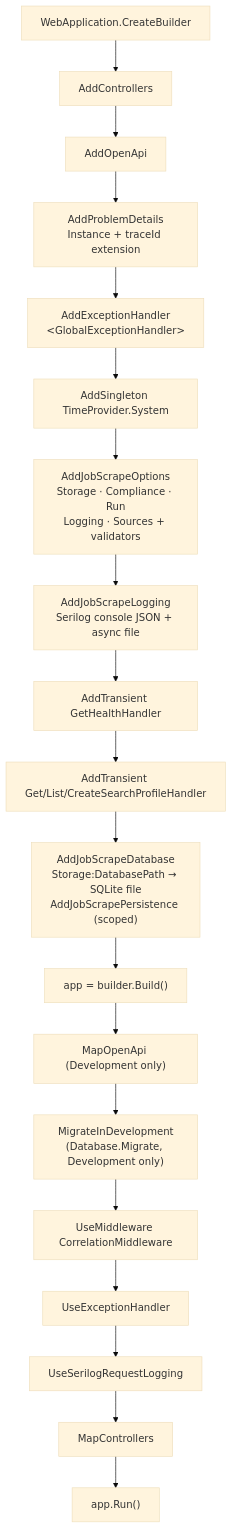
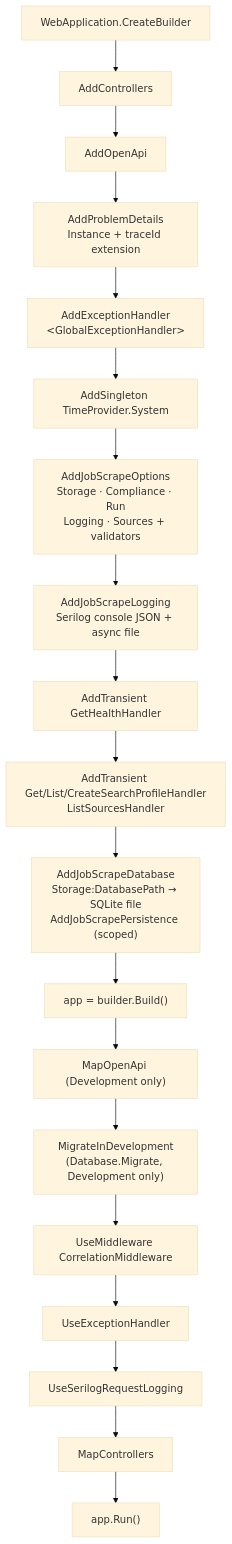
One commit to AslamNazeerShaikh/PlaywrightDotNet changed the fourth of 10 diagrams in docs/02-architecture.md. Above: the diagram before and after it, drawn with Mermaid (base theme). The commit also changed other lines of this file and 30 other files, not shown here.

````diff
--- a/docs/02-architecture.md
+++ b/docs/02-architecture.md
@@ -173,21 +173,21 @@
 ```mermaid
 flowchart TB
     B["WebApplication.CreateBuilder"] --> CTRL["AddControllers"]
     CTRL --> OA["AddOpenApi"]
     OA --> PD["AddProblemDetails<br/>Instance + traceId extension"]
     PD --> EXH["AddExceptionHandler<br/>&lt;GlobalExceptionHandler&gt;"]
     EXH --> CLK["AddSingleton TimeProvider.System"]
     CLK --> OPT["AddJobScrapeOptions<br/>Storage · Compliance · Run<br/>Logging · Sources + validators"]
     OPT --> LOGG["AddJobScrapeLogging<br/>Serilog console JSON + async file"]
     LOGG --> H1["AddTransient GetHealthHandler"]
-    H1 --> H2["AddTransient Get/List/CreateSearchProfileHandler"]
+    H1 --> H2["AddTransient Get/List/CreateSearchProfileHandler<br/>ListSourcesHandler"]
     H2 --> DB["AddJobScrapeDatabase<br/>Storage:DatabasePath → SQLite file<br/>AddJobScrapePersistence (scoped)"]
     DB --> BUILD["app = builder.Build()"]
     BUILD --> MAPOA["MapOpenApi (Development only)"]
     MAPOA --> MIG["MigrateInDevelopment<br/>(Database.Migrate, Development only)"]
     MIG --> CORR["UseMiddleware CorrelationMiddleware"]
     CORR --> EXHMW["UseExceptionHandler"]
     EXHMW --> SERILOG["UseSerilogRequestLogging"]
     SERILOG --> MAPC["MapControllers"]
     MAPC --> RUN["app.Run()"]
 ```
````
